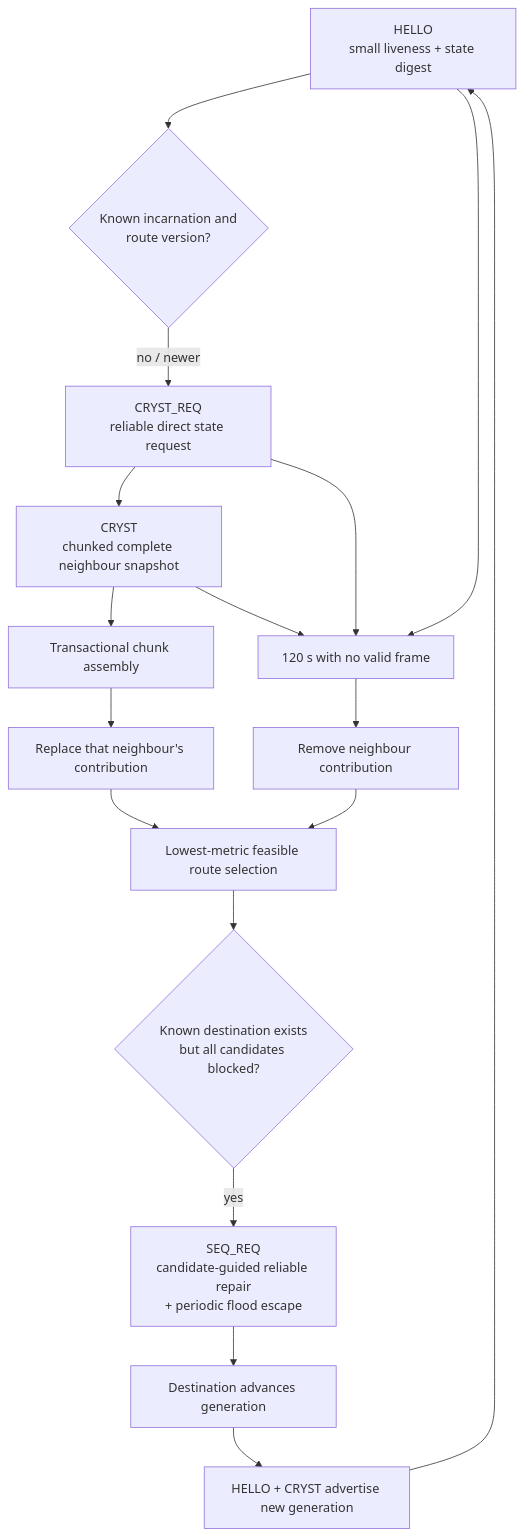
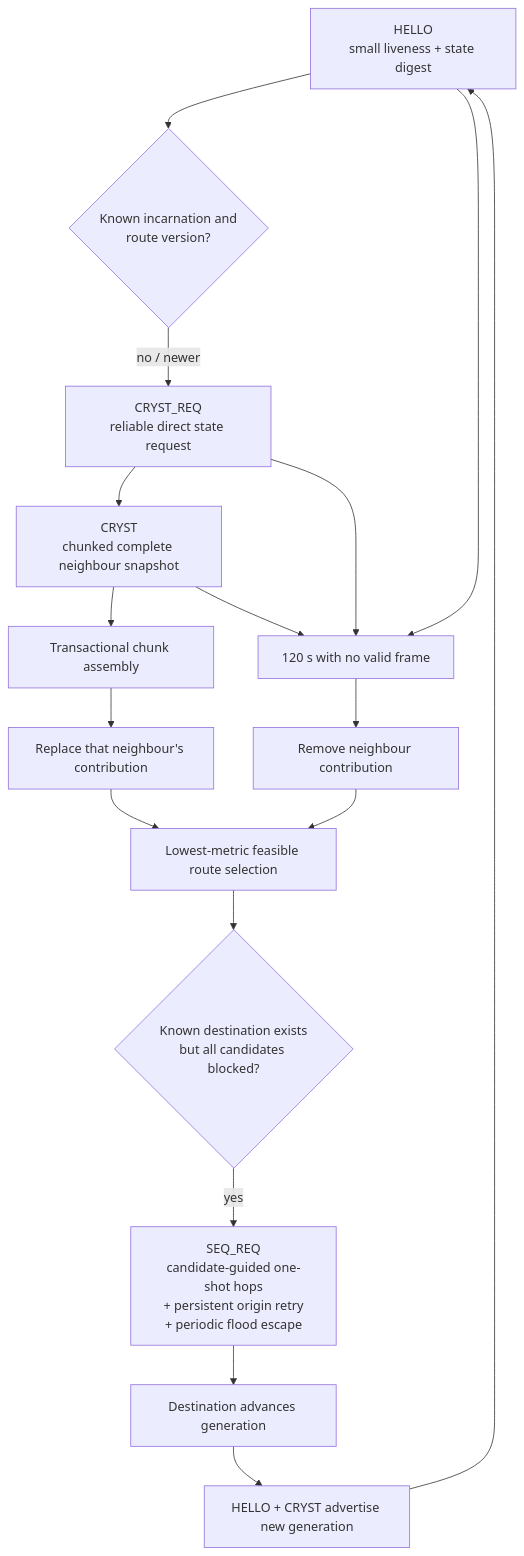
The fourth of 5 diagrams in simulator/PROTOCOL_ARCHITECTURE.md (mistrjirka/DTProtocol), drawn with Mermaid before and after one commit. The commit also changed other lines of this file and 6 other files, not shown here.

Commit message:
Add ManimGL protocol architecture explainer

````diff
--- a/simulator/PROTOCOL_ARCHITECTURE.md
+++ b/simulator/PROTOCOL_ARCHITECTURE.md
@@ -151,34 +151,34 @@
 ```mermaid
 flowchart TD
     H[HELLO\nsmall liveness + state digest]
     CMP{Known incarnation and\nroute version?}
     Q[CRYST_REQ\nreliable direct state request]
     C[CRYST\nchunked complete neighbour snapshot]
     ASM[Transactional chunk assembly]
     DB[Replace that neighbour's contribution]
     SEL[Lowest-metric feasible route selection]
     BLOCK{Known destination exists\nbut all candidates blocked?}
-    SEQ[SEQ_REQ\ncandidate-guided reliable repair\n+ periodic flood escape]
+    SEQ[SEQ_REQ\ncandidate-guided one-shot hops\n+ persistent origin retry\n+ periodic flood escape]
     ORIGIN[Destination advances generation]
     ADV[HELLO + CRYST advertise new generation]
     HARD[120 s with no valid frame]
     DROP[Remove neighbour contribution]
 
     H --> CMP
     CMP -- no / newer --> Q
     Q --> C
     C --> ASM
     ASM --> DB
     DB --> SEL
     SEL --> BLOCK
     BLOCK -- yes --> SEQ
     SEQ --> ORIGIN
     ORIGIN --> ADV
     ADV --> H
 
     H --> HARD
     C --> HARD
     Q --> HARD
     HARD --> DROP
     DROP --> SEL
 ```
````
